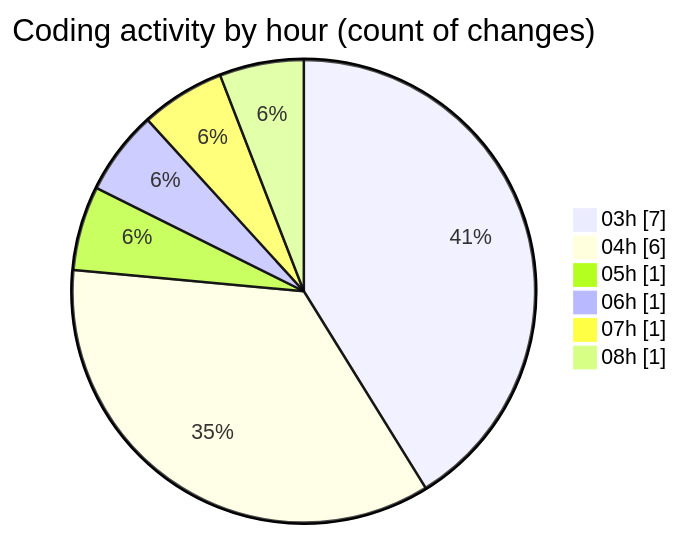
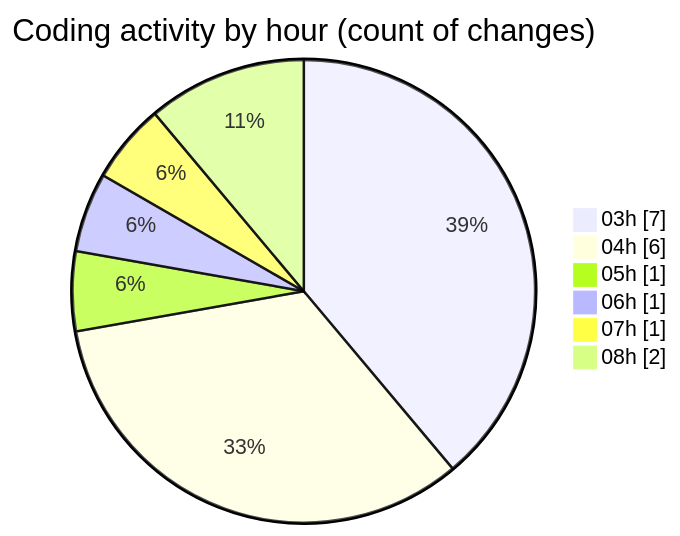
One commit to FelipKnott/code-tracking changed the second of 2 diagrams in 2025-07-02/cursor/README.md. Above: the diagram before and after it, drawn with Mermaid. The commit also changed other lines of this file and 1 other file, not shown here.

````diff
--- a/2025-07-02/cursor/README.md
+++ b/2025-07-02/cursor/README.md
@@ -30,10 +30,10 @@
 ```mermaid
 pie showData
 title Coding activity by hour (count of changes)
 "03h" : 7
 "04h" : 6
 "05h" : 1
 "06h" : 1
 "07h" : 1
-"08h" : 1
+"08h" : 2
 ```
````
